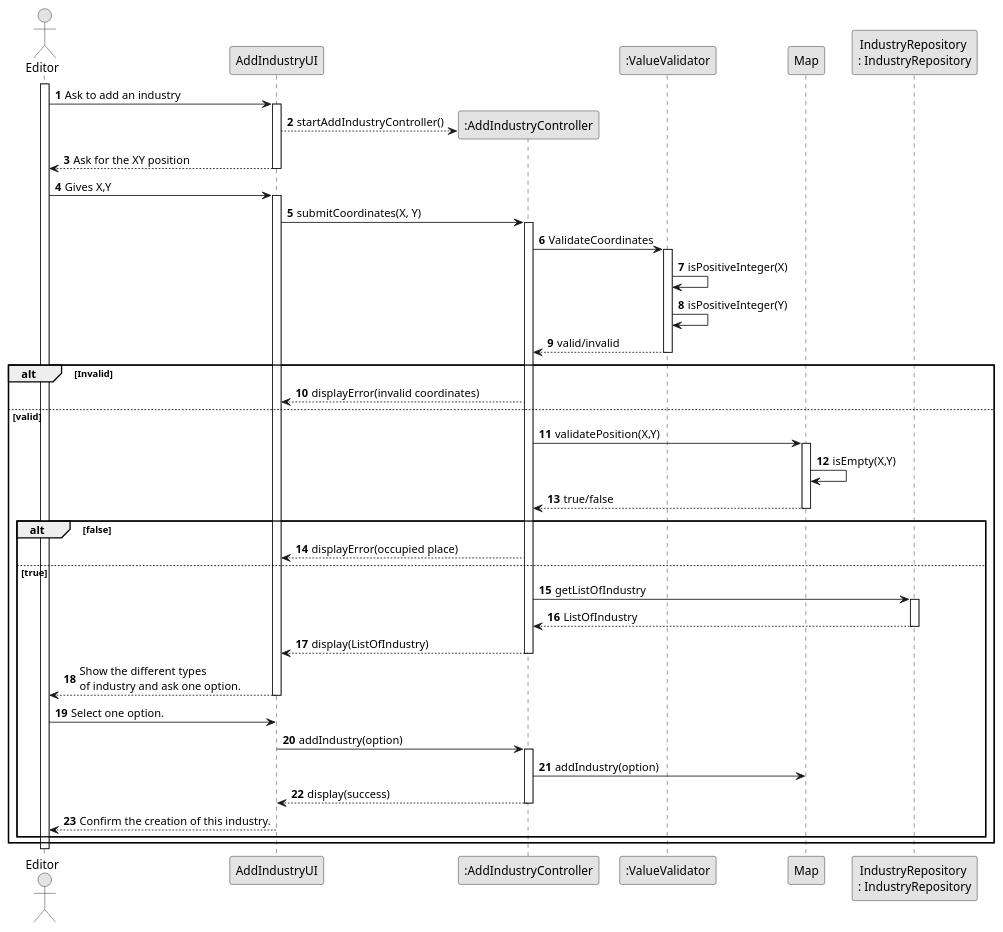
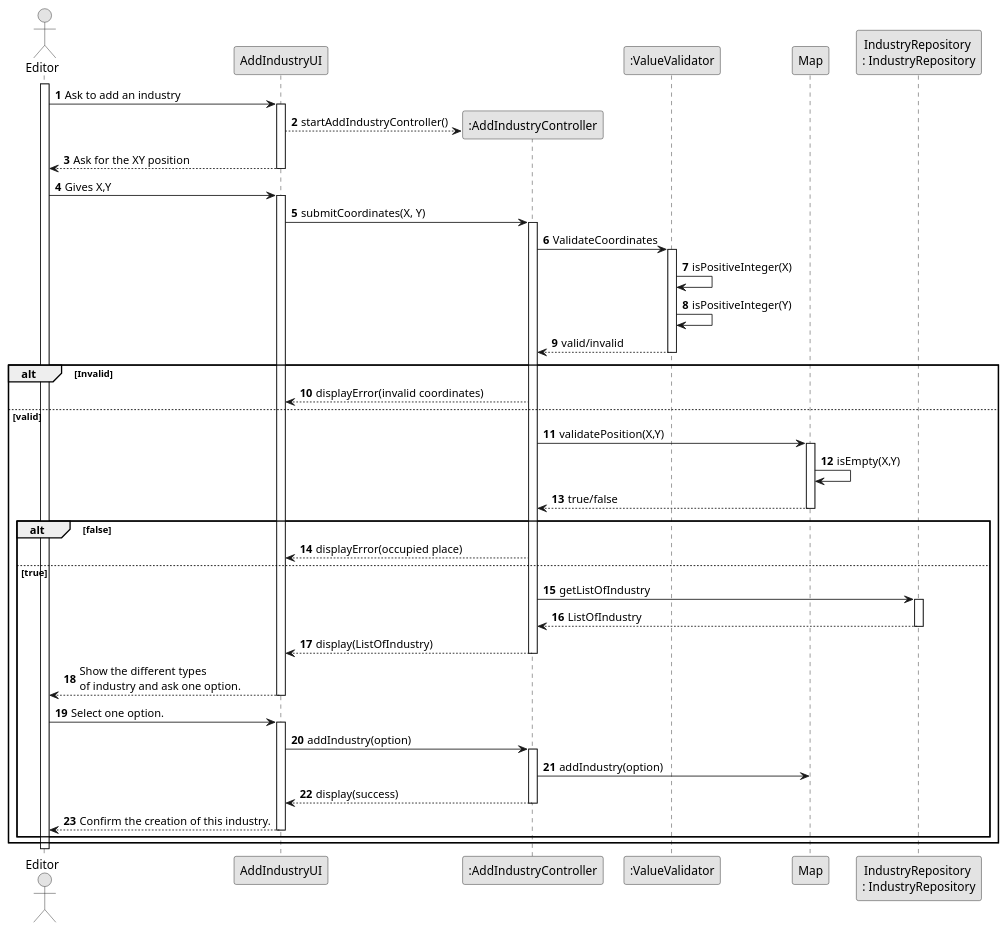
The diagram in docs/system-documentation/US002/03.design/puml/US002-SD-full.puml (1240826/empire-on-tracks), drawn with PlantUML before and after one commit.

```diff
--- a/docs/system-documentation/US002/03.design/puml/US002-SD-full.puml
+++ b/docs/system-documentation/US002/03.design/puml/US002-SD-full.puml
@@ -1,70 +1,71 @@
 @startuml
 skinparam monochrome true
 skinparam packageStyle rectangle
 skinparam shadowing false
 
 autonumber
 
 actor "Editor" as Editor
 participant "AddIndustryUI" as UI
 participant ":AddIndustryController" as Controller
 participant ":ValueValidator" as Validator
 participant "Map" as Map
 participant "IndustryRepository \n: IndustryRepository" as Repository
 
 activate Editor
 
 Editor -> UI : Ask to add an industry
 activate UI
 UI --> Controller**: startAddIndustryController()
 
 
 UI --> Editor : Ask for the XY position
 deactivate UI
 
 Editor -> UI : Gives X,Y
 activate UI
 UI -> Controller : submitCoordinates(X, Y)
 
 activate Controller
 Controller->Validator:ValidateCoordinates
 activate Validator
 Validator->Validator:isPositiveInteger(X)
 Validator->Validator:isPositiveInteger(Y)
 Validator-->Controller:valid/invalid
 deactivate Validator
 alt Invalid
 Controller-->UI: displayError(invalid coordinates)
 else valid
 Controller->Map:validatePosition(X,Y)
 activate Map
 Map->Map:isEmpty(X,Y)
 Map-->Controller:true/false
 deactivate Map
 alt false
 Controller-->UI: displayError(occupied place)
 else true
 Controller->Repository:getListOfIndustry
 activate Repository
 Repository-->Controller:ListOfIndustry
 deactivate Repository
 Controller-->UI: display(ListOfIndustry)
 deactivate Controller
 UI-->Editor:Show the different types \nof industry and ask one option.
 deactivate UI
 Editor->UI:Select one option.
+activate UI
 UI->Controller: addIndustry(option)
 activate Controller
 Controller->Map: addIndustry(option)
 Controller-->UI: display(success)
 deactivate Controller
 UI-->Editor:Confirm the creation of this industry.
 deactivate UI
 
 
 end
 end
 
 
 deactivate Editor
 @enduml
```
